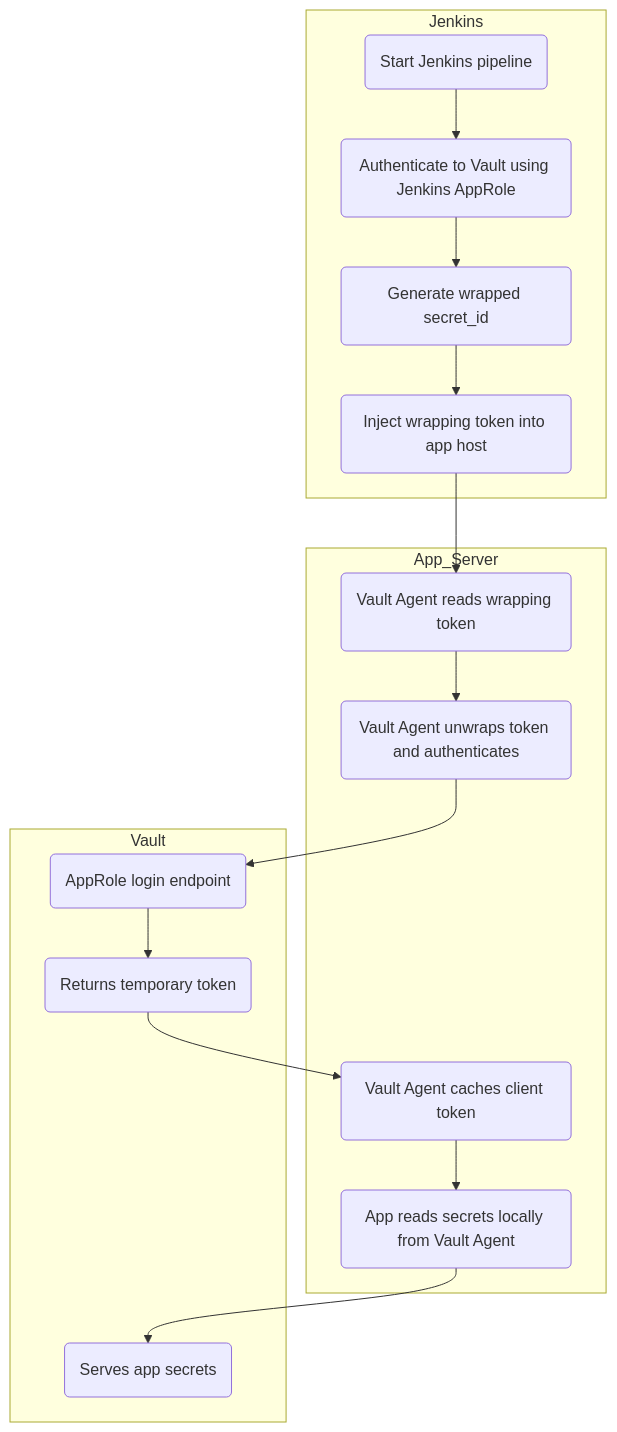
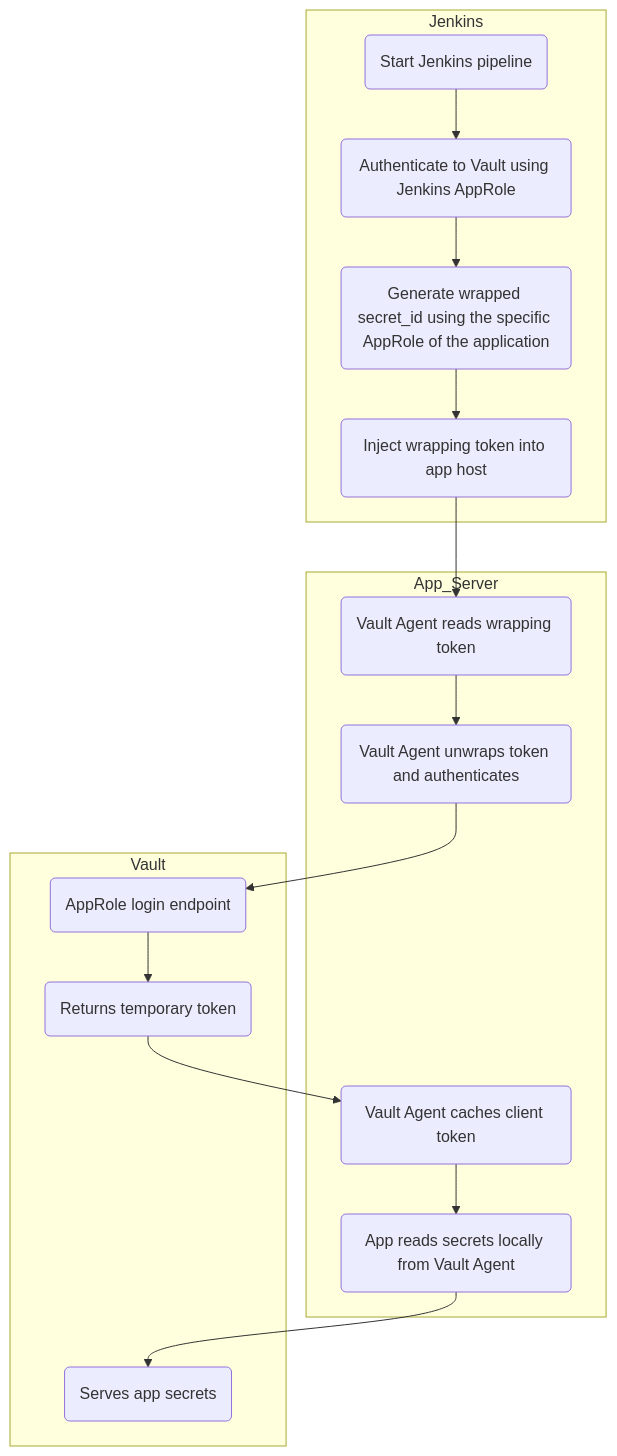
One commit to DavidJGG/CLOUD-playground changed the first of 2 diagrams in vault playground/JeninkisFlow.md. Above: the diagram before and after it, drawn with Mermaid.

Commit message:
jenkins flow

````diff
--- a/vault playground/JeninkisFlow.md
+++ b/vault playground/JeninkisFlow.md
@@ -5,25 +5,25 @@
 ```mermaid
 flowchart TD
     subgraph Jenkins
         J1(Start Jenkins pipeline)
         J2(Authenticate to Vault using Jenkins AppRole)
-        J3(Generate wrapped secret_id)
+        J3(Generate wrapped secret_id using the specific AppRole of the application)
         J4(Inject wrapping token into app host)
     end
 
     subgraph App_Server
         A1(Vault Agent reads wrapping token)
         A2(Vault Agent unwraps token and authenticates)
         A3(Vault Agent caches client token)
         A4(App reads secrets locally from Vault Agent)
     end
 
     subgraph Vault
         V1(AppRole login endpoint)
         V2(Returns temporary token)
         V3(Serves app secrets)
     end
 
     J1 --> J2 --> J3 --> J4 --> A1
     A1 --> A2 --> V1 --> V2 --> A3 --> A4 --> V3
 ```
````
